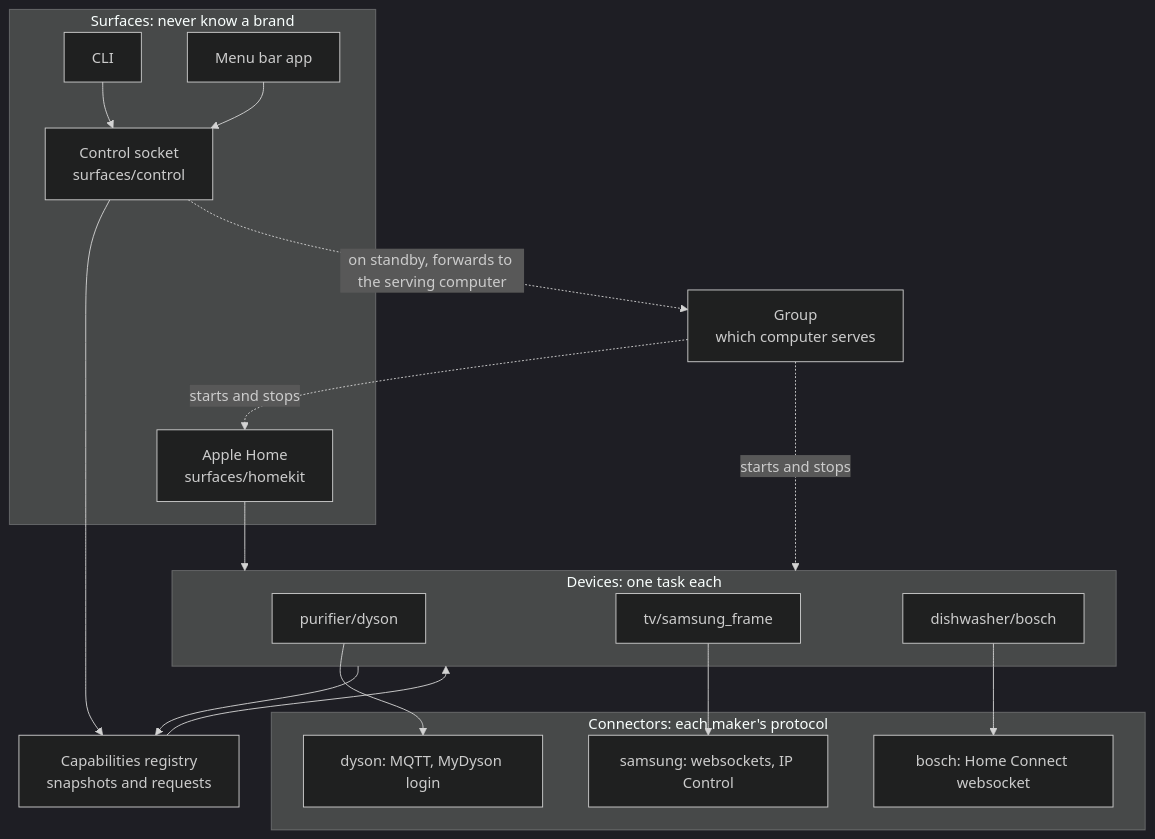
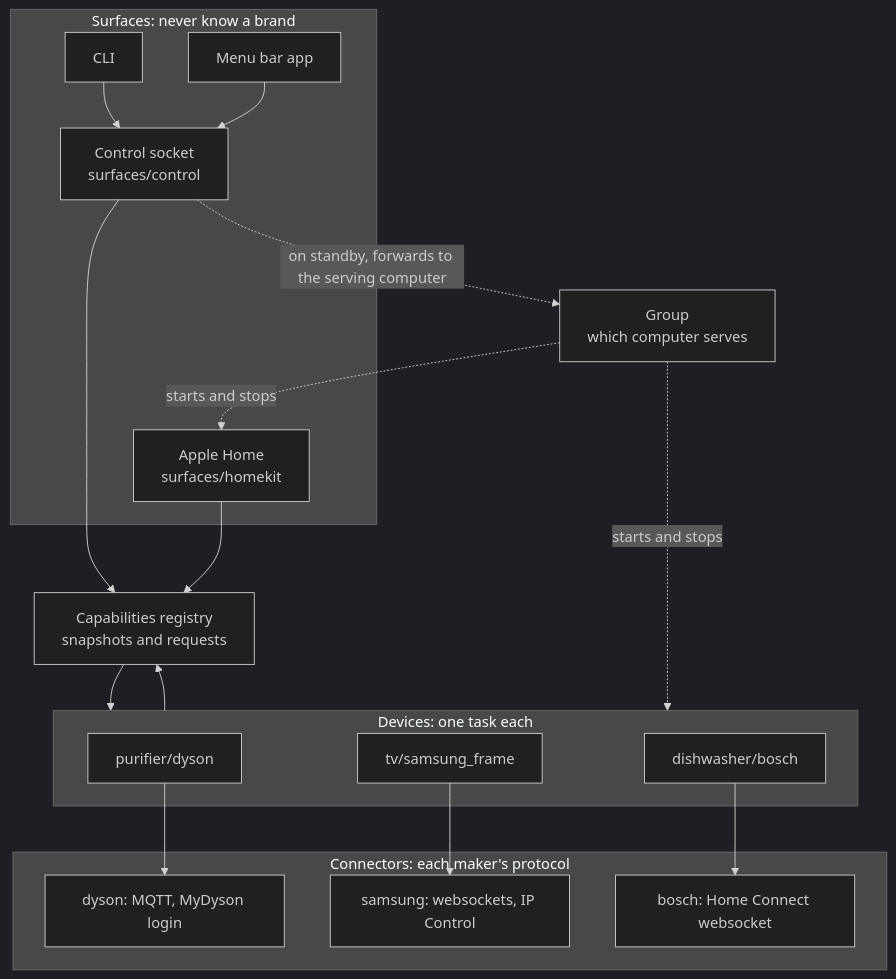
One commit to WeixuanZ/hearth changed the first of 5 diagrams in README.md. Above: the diagram before and after it, drawn with Mermaid (dark theme). The commit also changed other lines of this file and 26 other files, not shown here.

````diff
--- a/README.md
+++ b/README.md
@@ -163,34 +163,34 @@
 ```mermaid
 flowchart TB
   subgraph surfaces [Surfaces: never know a brand]
     homekit[Apple Home<br/>surfaces/homekit]
     socket[Control socket<br/>surfaces/control]
     cli[CLI]
     bar[Menu bar app]
   end
   registry[Capabilities registry<br/>snapshots and requests]
   subgraph devices [Devices: one task each]
     purifier[purifier/dyson]
     tv[tv/samsung_frame]
     dishwasher[dishwasher/bosch]
   end
   subgraph connectors [Connectors: each maker's protocol]
     dyson[dyson: MQTT, MyDyson login]
     samsung[samsung: websockets, IP Control]
     bosch[bosch: Home Connect websocket]
   end
   group[Group<br/>which computer serves]
 
   cli --> socket
   bar --> socket
   socket --> registry
-  homekit --> devices
+  homekit --> registry
   registry --> devices
   devices --> registry
   purifier --> dyson
   tv --> samsung
   dishwasher --> bosch
   group -. starts and stops .-> homekit
   group -. starts and stops .-> devices
   socket -. on standby, forwards to the serving computer .-> group
 ```
````
